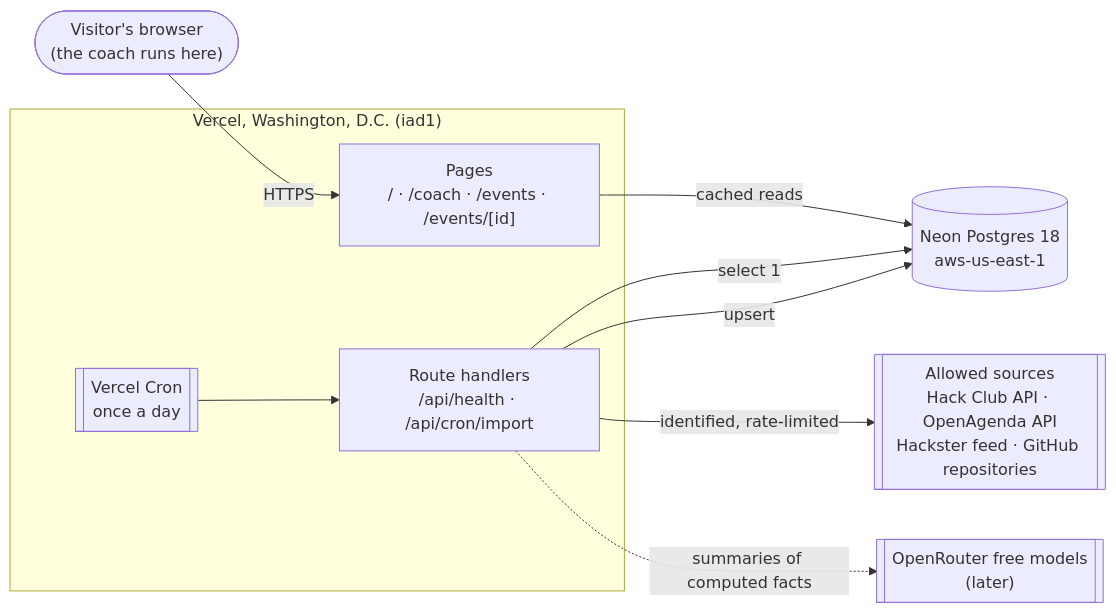
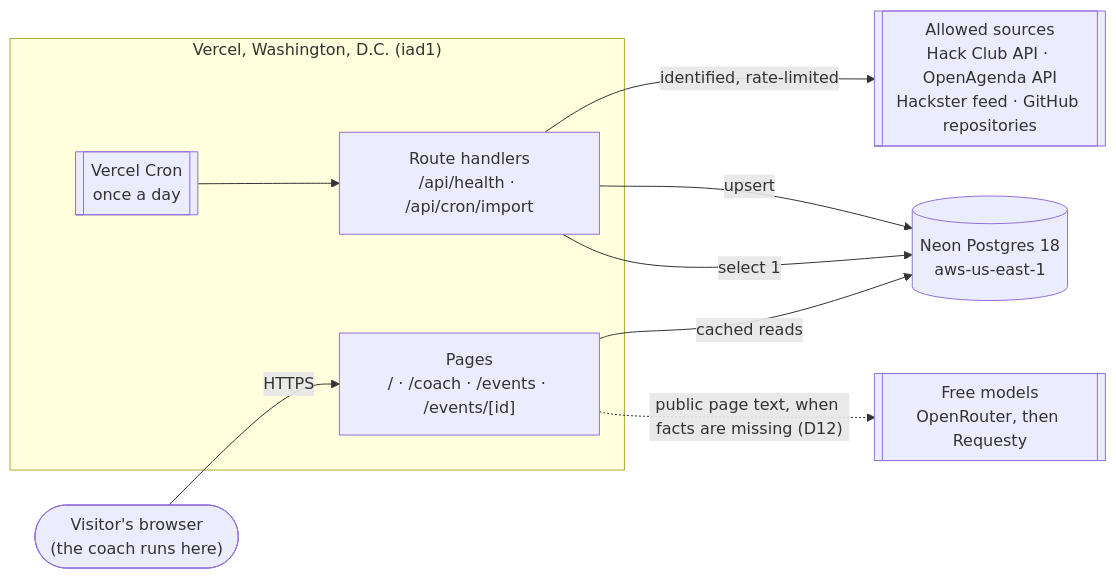
Before and after one commit to ayobamy/hackbrief: the first of 2 diagrams in docs/architecture.md, drawn with Mermaid. The commit also changed other lines of this file and 18 other files, not shown here.

````diff
--- a/docs/architecture.md
+++ b/docs/architecture.md
@@ -9,20 +9,20 @@
 ```mermaid
 flowchart LR
   user(["Visitor's browser<br/>(the coach runs here)"])
   subgraph vercel["Vercel, Washington, D.C. (iad1)"]
     pages["Pages<br/>/ · /coach · /events · /events/[id]"]
     routes["Route handlers<br/>/api/health · /api/cron/import"]
     cron[["Vercel Cron<br/>once a day"]]
   end
   db[("Neon Postgres 18<br/>aws-us-east-1")]
   sources[["Allowed sources<br/>Hack Club API · OpenAgenda API<br/>Hackster feed · GitHub repositories"]]
-  llm[["OpenRouter free models<br/>(later)"]]
+  llm[["Free models<br/>OpenRouter, then Requesty"]]
 
   user -- HTTPS --> pages
   pages -- "cached reads" --> db
   routes -- "select 1" --> db
   cron --> routes
   routes -- "identified, rate-limited" --> sources
   routes -- "upsert" --> db
-  routes -. "summaries of computed facts" .-> llm
+  pages -. "public page text, when facts are missing (D12)" .-> llm
 ```
````
